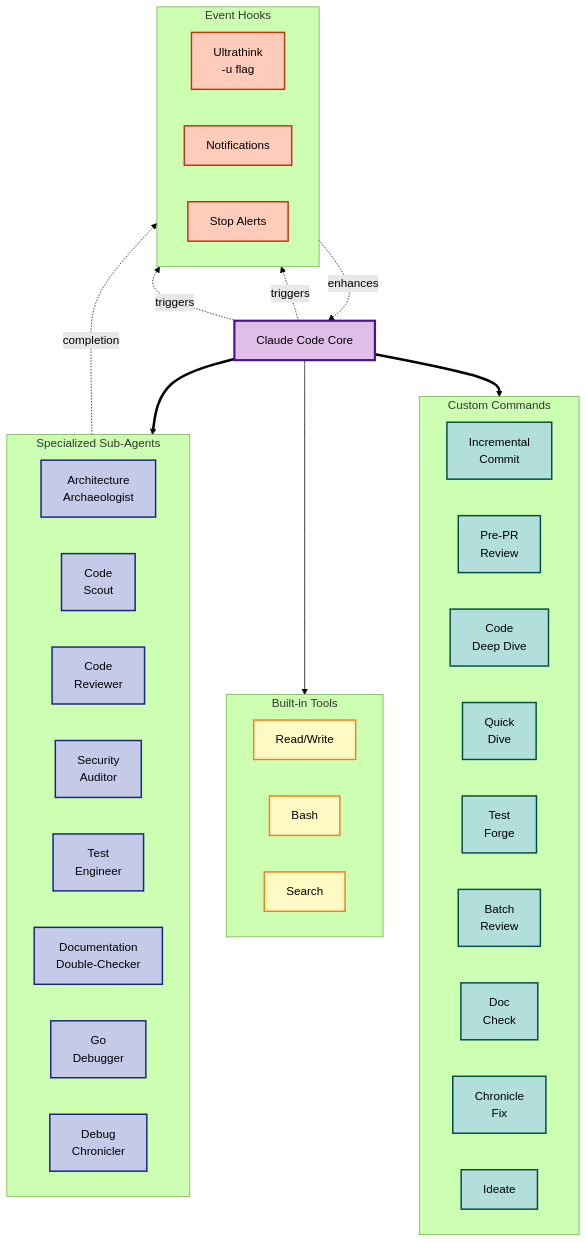
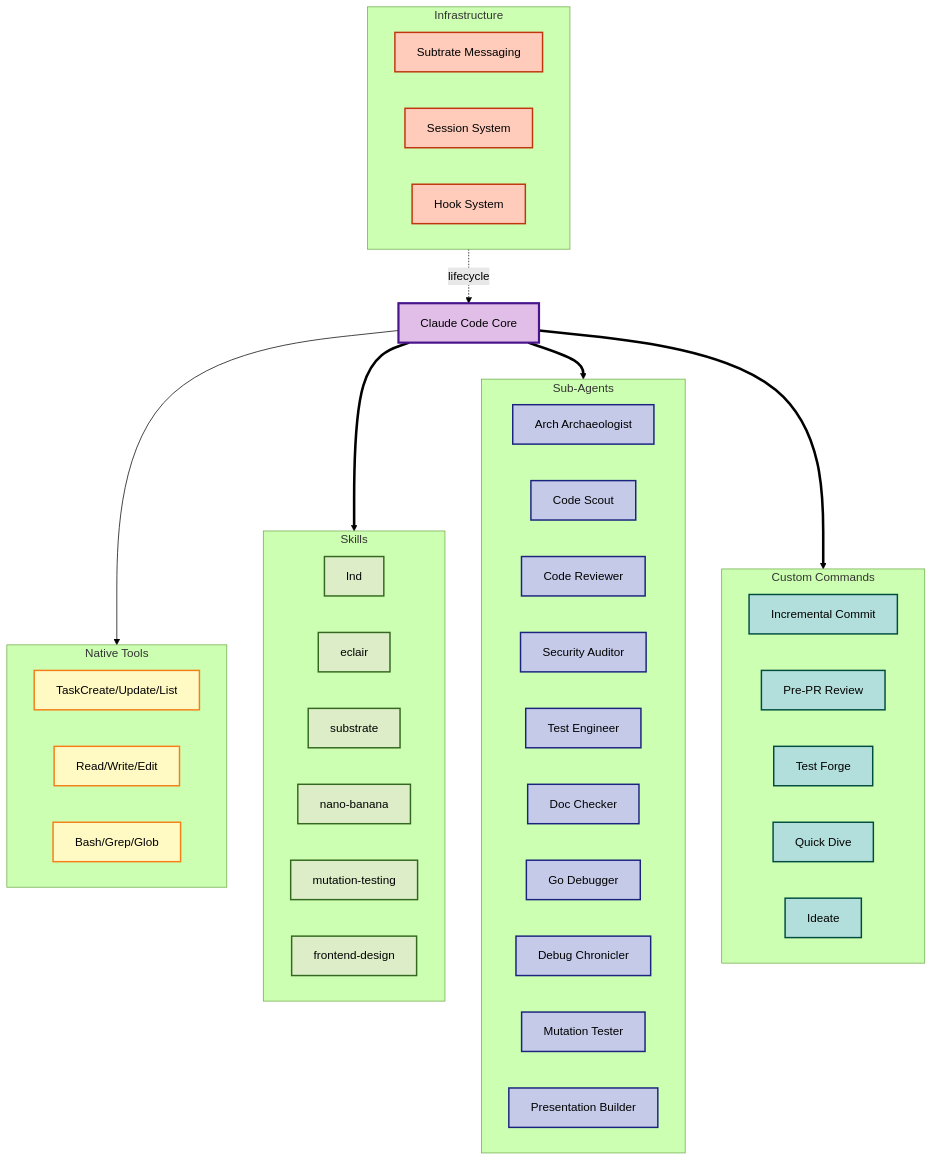
Before and after one commit to Roasbeef/claude-files: the diagram in README.md, drawn with Mermaid (forest theme). The commit also changed other lines of this file, not shown here.

First line of the commit message:
readme: rewrite to reflect current system architecture

````diff
--- a/README.md
+++ b/README.md
@@ -207,72 +7,71 @@
 ```mermaid
 graph TB
-    %% Core System
     Main[Claude Code Core]
-    
-    %% Built-in Tools
-    subgraph Tools["Built-in Tools"]
+
+    subgraph NativeTools["Native Tools"]
         direction LR
-        T1[Read/Write]
-        T2[Bash]
-        T3[Search]
+        NT1[TaskCreate/Update/List]
+        NT2[Read/Write/Edit]
+        NT3[Bash/Grep/Glob]
     end
-    
-    %% Sub-Agents Layer
-    subgraph Agents["Specialized Sub-Agents"]
+
+    subgraph Skills["Skills"]
         direction LR
-        AA[Architecture<br/>Archaeologist]
-        CS[Code<br/>Scout]
-        CR[Code<br/>Reviewer]
-        SA[Security<br/>Auditor]
-        TE[Test<br/>Engineer]
-        DD[Documentation<br/>Double-Checker]
-        GD[Go<br/>Debugger]
-        DC2[Debug<br/>Chronicler]
+        S1[lnd]
+        S2[eclair]
+        S3[substrate]
+        S4[nano-banana]
+        S5[mutation-testing]
+        S6[frontend-design]
     end
-    
-    %% Commands Layer
+
+    subgraph Agents["Sub-Agents"]
+        direction LR
+        AA[Arch Archaeologist]
+        CS[Code Scout]
+        CR[Code Reviewer]
+        SA[Security Auditor]
+        TE[Test Engineer]
+        DD[Doc Checker]
+        GD[Go Debugger]
+        DC2[Debug Chronicler]
+        MT[Mutation Tester]
+        PB[Presentation Builder]
+    end
+
     subgraph Commands["Custom Commands"]
         direction LR
-        IC[Incremental<br/>Commit]
-        PR[Pre-PR<br/>Review]
-        CD[Code<br/>Deep Dive]
-        QD[Quick<br/>Dive]
-        TF[Test<br/>Forge]
-        BR[Batch<br/>Review]
-        DC[Doc<br/>Check]
-        CF[Chronicle<br/>Fix]
+        IC[Incremental Commit]
+        PR[Pre-PR Review]
+        TF[Test Forge]
+        QD[Quick Dive]
         ID[Ideate]
     end
-    
-    %% Hooks System
-    subgraph Hooks["Event Hooks"]
+
+    subgraph Infra["Infrastructure"]
         direction LR
-        UT[Ultrathink<br/>-u flag]
-        NH[Notifications]
-        SH[Stop Alerts]
+        Sub[Subtrate Messaging]
+        Ses[Session System]
+        Hooks[Hook System]
     end
-    
-    %% Connections - organized to minimize crossings
-    Main --> Tools
+
+    Main --> NativeTools
+    Main ==> Skills
     Main ==> Agents
     Main ==> Commands
-    
-    %% Hook interactions
-    UT -.->|enhances| Main
-    Main -.->|triggers| NH
-    Main -.->|triggers| SH
-    Agents -.->|completion| SH
-    
-    %% Styling
+    Infra -.->|lifecycle| Main
+
     classDef core fill:#e1bee7,stroke:#4a148c,stroke-width:3px,color:#000
     classDef agents fill:#c5cae9,stroke:#1a237e,stroke-width:2px,color:#000
     classDef commands fill:#b2dfdb,stroke:#004d40,stroke-width:2px,color:#000
     classDef hooks fill:#ffccbc,stroke:#bf360c,stroke-width:2px,color:#000
     classDef tools fill:#fff9c4,stroke:#f57f17,stroke-width:2px,color:#000
-    
+    classDef skills fill:#dcedc8,stroke:#33691e,stroke-width:2px,color:#000
+
     class Main core
-    class AA,CS,CR,SA,TE,DD,GD,DC2 agents
-    class IC,PR,CD,QD,TF,BR,DC,CF,ID commands
-    class UT,NH,SH hooks
-    class T1,T2,T3 tools
+    class AA,CS,CR,SA,TE,DD,GD,DC2,MT,PB agents
+    class IC,PR,TF,QD,ID commands
+    class Sub,Ses,Hooks hooks
+    class NT1,NT2,NT3 tools
+    class S1,S2,S3,S4,S5,S6 skills
 ```
````
